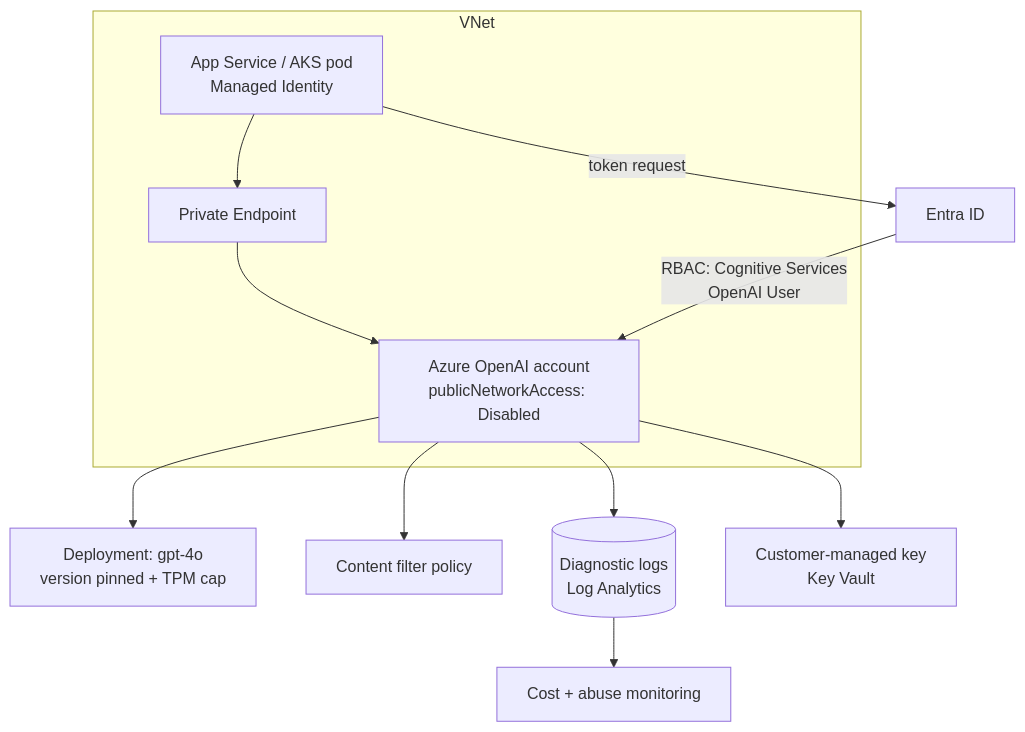
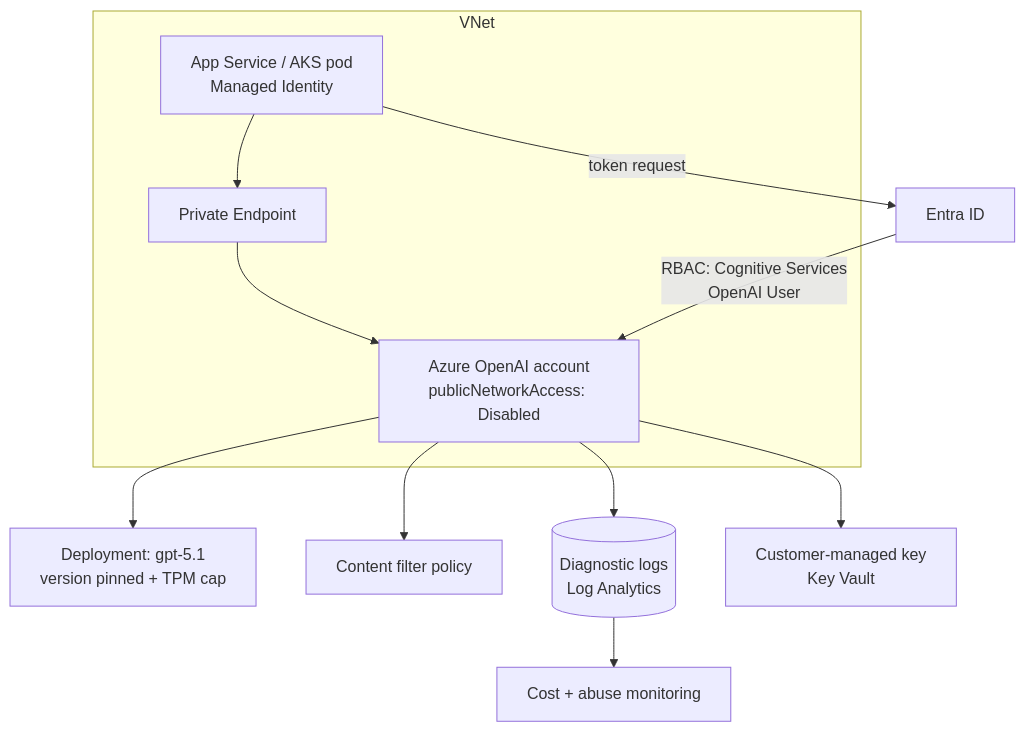
One commit to mohamedmahersaid/Enterprise-AI-and-Intelligent-Systems changed the diagram in docs/ai-tree-model-platforms/ai-branch-managed-model-services/ai-azure-openai-integration.md. Above: the diagram before and after it, drawn with Mermaid. The commit also changed other lines of this file and 12 other files, not shown here.

````diff
--- a/docs/ai-tree-model-platforms/ai-branch-managed-model-services/ai-azure-openai-integration.md
+++ b/docs/ai-tree-model-platforms/ai-branch-managed-model-services/ai-azure-openai-integration.md
@@ -31,14 +31,14 @@
 ```mermaid
 flowchart TD
     subgraph VNet
       A[App Service / AKS pod\nManaged Identity] --> B[Private Endpoint]
       B --> C[Azure OpenAI account\npublicNetworkAccess: Disabled]
     end
     A -->|token request| D[Entra ID]
     D -->|RBAC: Cognitive Services\nOpenAI User| C
-    C --> E[Deployment: gpt-4o\nversion pinned + TPM cap]
+    C --> E[Deployment: gpt-5.1\nversion pinned + TPM cap]
     C --> F[Content filter policy]
     C --> G[(Diagnostic logs\nLog Analytics)]
     C --> H[Customer-managed key\nKey Vault]
     G --> I[Cost + abuse monitoring]
 ```
````
